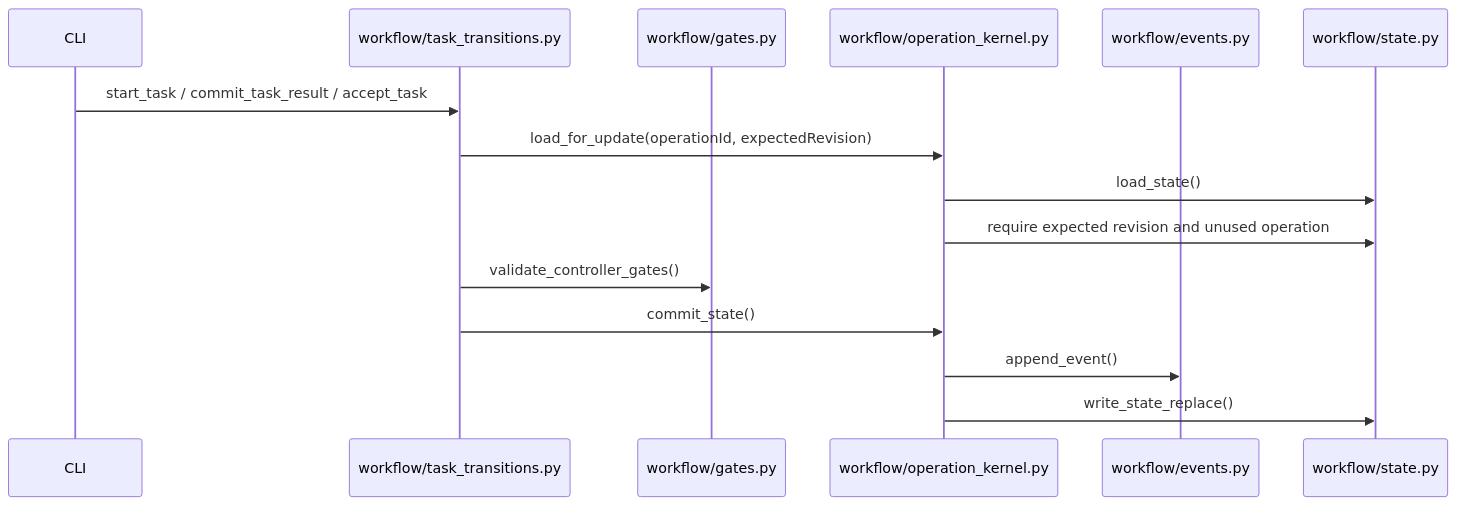
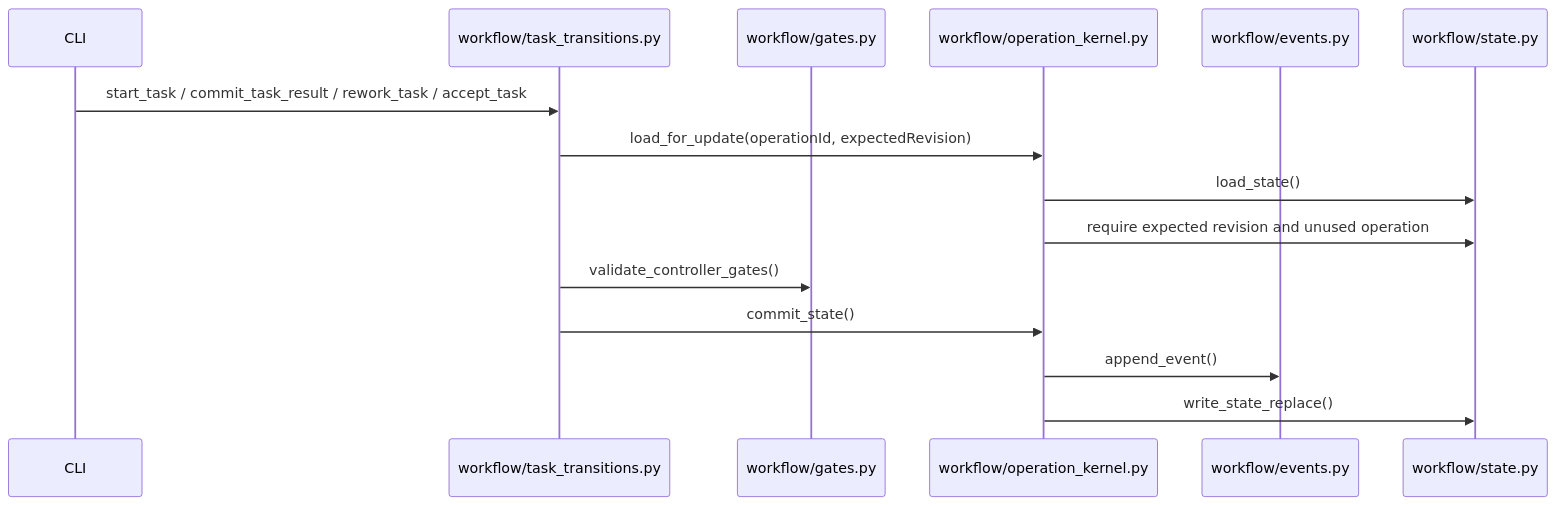
Diagram 13 of 19 in docs/architecture/system-architecture.md (avksp/agent-lifecycle-kit), drawn with Mermaid before and after one commit. The commit also changed other lines of this file and 60 other files, not shown here.

Commit message:
feat(workflow): add bounded task rework

````diff
--- a/docs/architecture/system-architecture.md
+++ b/docs/architecture/system-architecture.md
@@ -789,18 +797,18 @@
 ```mermaid
 sequenceDiagram
   participant CLI
   participant Transition as workflow/task_transitions.py
   participant Gates as workflow/gates.py
   participant Kernel as workflow/operation_kernel.py
   participant Events as workflow/events.py
   participant State as workflow/state.py
 
-  CLI->>Transition: start_task / commit_task_result / accept_task
+  CLI->>Transition: start_task / commit_task_result / rework_task / accept_task
   Transition->>Kernel: load_for_update(operationId, expectedRevision)
   Kernel->>State: load_state()
   Kernel->>State: require expected revision and unused operation
   Transition->>Gates: validate_controller_gates()
   Transition->>Kernel: commit_state()
   Kernel->>Events: append_event()
   Kernel->>State: write_state_replace()
 ```
````
